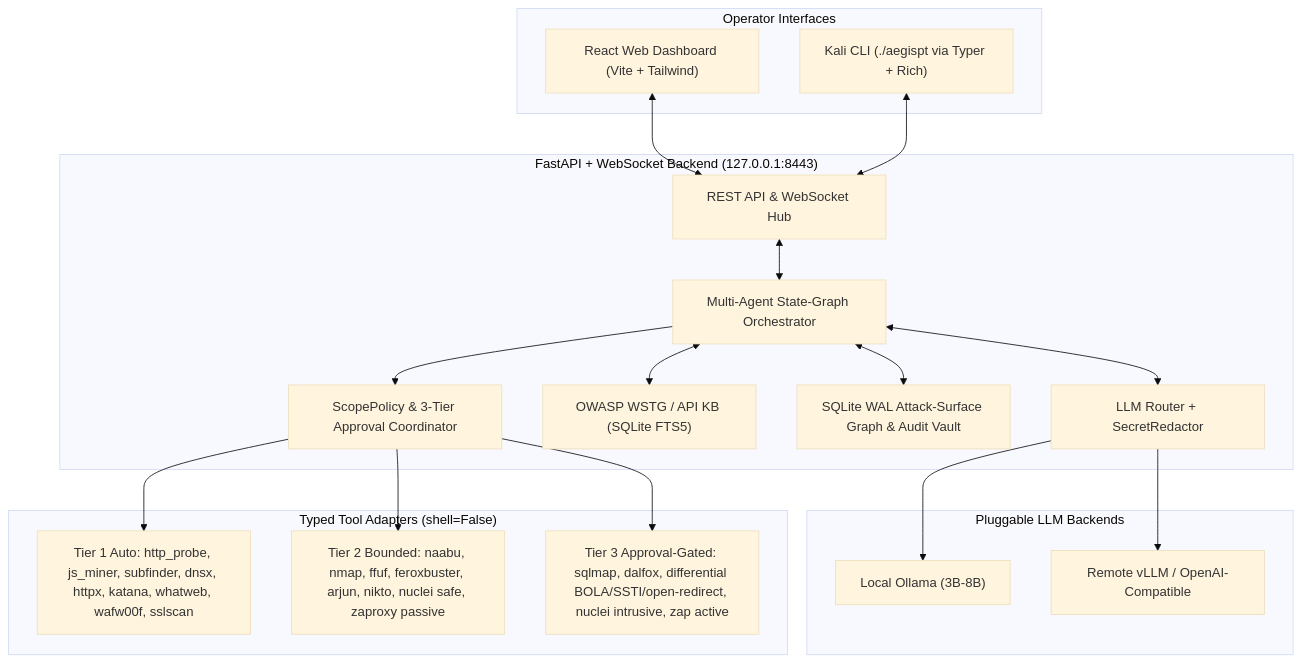
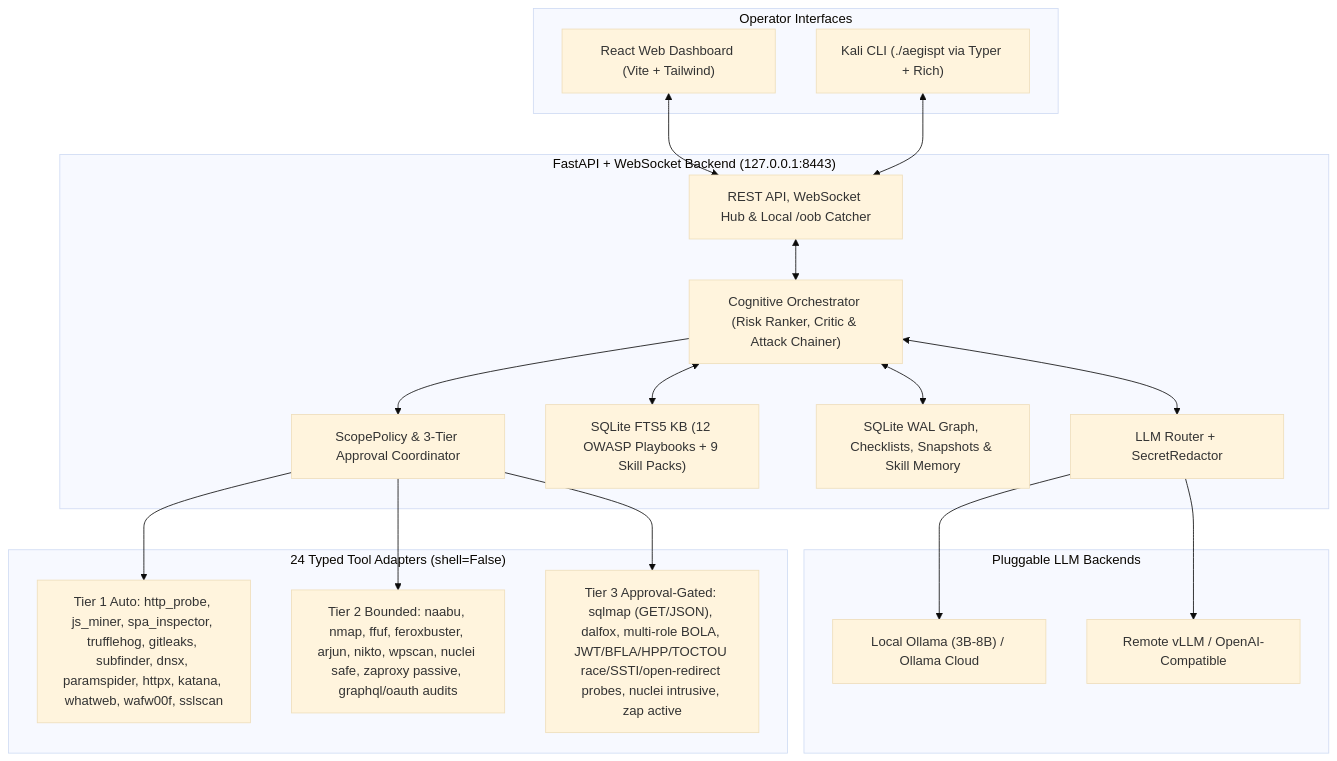
One commit to willygailo/AI-ko changed the first of 2 diagrams in README.md. Above: the diagram before and after it, drawn with Mermaid (base theme). The commit also changed other lines of this file and 43 other files, not shown here.

Commit message:
feat: add advanced cognitive agents, multi-role auth, 9 skill packs, and OOB callback catcher

````diff
--- a/README.md
+++ b/README.md
@@ -41,40 +41,40 @@
 ```mermaid
 flowchart TD
     subgraph Interfaces["Operator Interfaces"]
         WEB["React Web Dashboard (Vite + Tailwind)"]
         CLI["Kali CLI (./aegispt via Typer + Rich)"]
     end
 
     subgraph Core["FastAPI + WebSocket Backend (127.0.0.1:8443)"]
-        API["REST API & WebSocket Hub"]
-        ORCH["Multi-Agent State-Graph Orchestrator"]
+        API["REST API, WebSocket Hub & Local /oob Catcher"]
+        ORCH["Cognitive Orchestrator (Risk Ranker, Critic & Attack Chainer)"]
         POL["ScopePolicy & 3-Tier Approval Coordinator"]
-        KB["OWASP WSTG / API KB (SQLite FTS5)"]
-        DB["SQLite WAL Attack-Surface Graph & Audit Vault"]
+        KB["SQLite FTS5 KB (12 OWASP Playbooks + 9 Skill Packs)"]
+        DB["SQLite WAL Graph, Checklists, Snapshots & Skill Memory"]
         LLM["LLM Router + SecretRedactor"]
     end
 
     subgraph Models["Pluggable LLM Backends"]
-        OLLAMA["Local Ollama (3B-8B)"]
+        OLLAMA["Local Ollama (3B-8B) / Ollama Cloud"]
         REMOTE["Remote vLLM / OpenAI-Compatible"]
     end
 
-    subgraph Tools["Typed Tool Adapters (shell=False)"]
-        T1["Tier 1 Auto: http_probe, js_miner, subfinder, dnsx, httpx, katana, whatweb, wafw00f, sslscan"]
-        T2["Tier 2 Bounded: naabu, nmap, ffuf, feroxbuster, arjun, nikto, nuclei safe, zaproxy passive"]
-        T3["Tier 3 Approval-Gated: sqlmap, dalfox, differential BOLA/SSTI/open-redirect, nuclei intrusive, zap active"]
+    subgraph Tools["24 Typed Tool Adapters (shell=False)"]
+        T1["Tier 1 Auto: http_probe, js_miner, spa_inspector, trufflehog, gitleaks, subfinder, dnsx, paramspider, httpx, katana, whatweb, wafw00f, sslscan"]
+        T2["Tier 2 Bounded: naabu, nmap, ffuf, feroxbuster, arjun, nikto, wpscan, nuclei safe, zaproxy passive, graphql/oauth audits"]
+        T3["Tier 3 Approval-Gated: sqlmap (GET/JSON), dalfox, multi-role BOLA, JWT/BFLA/HPP/TOCTOU race/SSTI/open-redirect probes, nuclei intrusive, zap active"]
     end
 
     WEB <--> API
     CLI <--> API
     API <--> ORCH
     ORCH <--> KB
     ORCH <--> DB
     ORCH <--> LLM
     LLM --> OLLAMA
     LLM --> REMOTE
     ORCH --> POL
     POL --> T1
     POL --> T2
     POL --> T3
 ```
````
